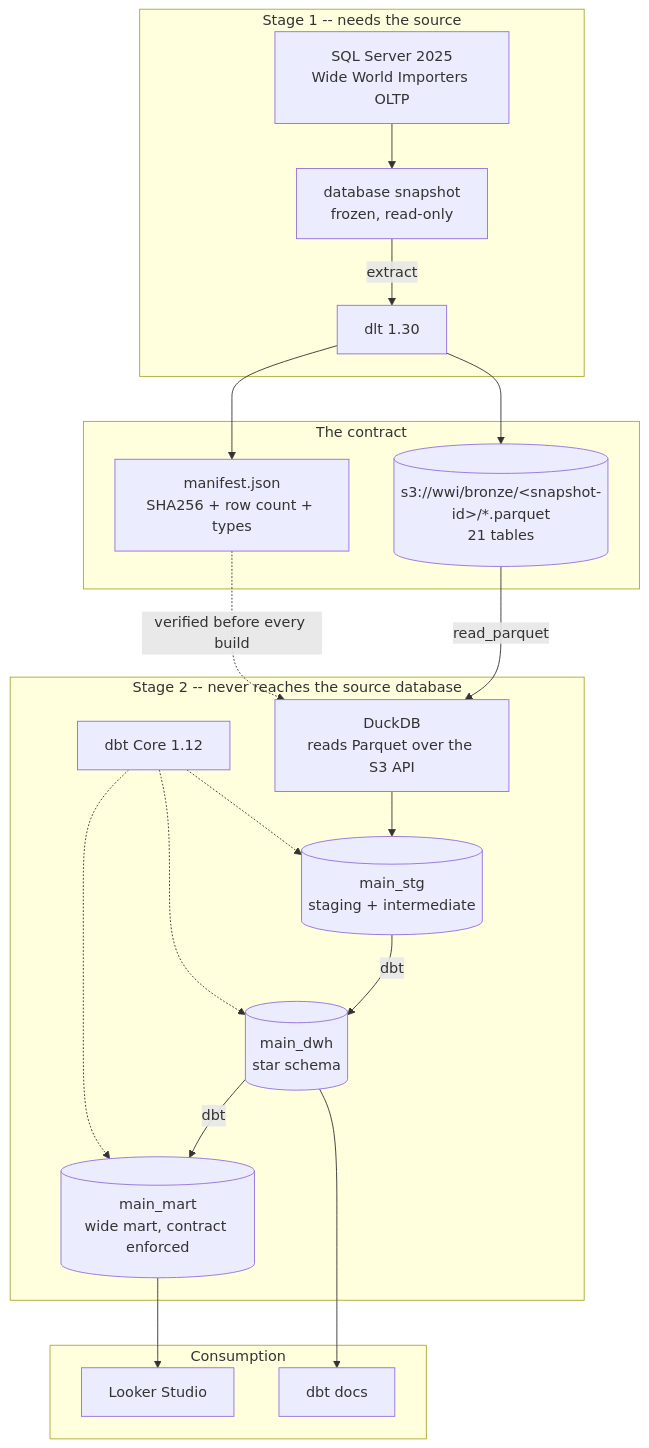
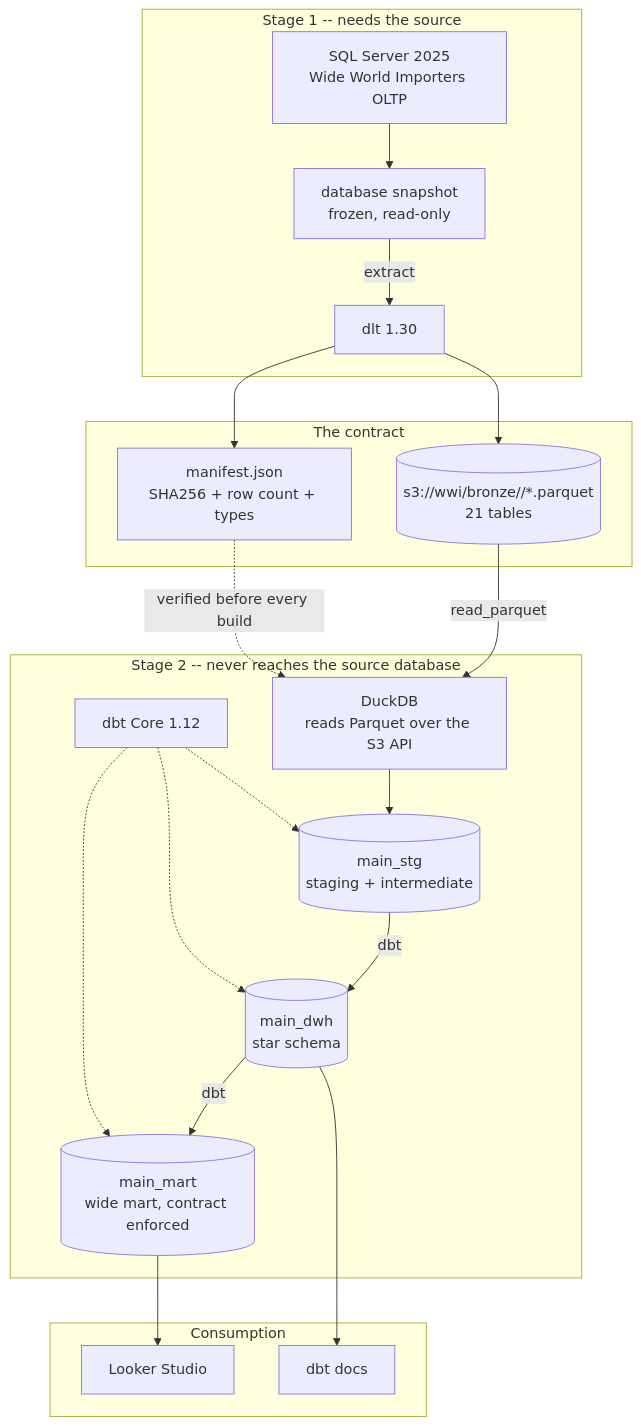
The diagram in docs/technical_design.md (plat102/pj-dw-wide-world-importers), drawn with Mermaid before and after one commit. The commit also changed other lines of this file and 6 other files, not shown here.

````diff
--- a/docs/technical_design.md
+++ b/docs/technical_design.md
@@ -9,41 +7,41 @@
 ```mermaid
 graph TB
     subgraph Stage1["Stage 1 -- needs the source"]
         OLTP[SQL Server 2025<br/>Wide World Importers OLTP]
         SNAP[database snapshot<br/>frozen, read-only]
         DLT[dlt 1.30]
     end
 
     subgraph Boundary["The contract"]
-        PARQUET[(s3://wwi/bronze/&lt;snapshot-id&gt;/*.parquet<br/>21 tables)]
+        PARQUET[(s3://wwi/bronze/<snapshot-id>/*.parquet<br/>21 tables)]
         MANIFEST[manifest.json<br/>SHA256 + row count + types]
     end
 
     subgraph Stage2["Stage 2 -- never reaches the source database"]
         DUCK[DuckDB<br/>reads Parquet over the S3 API]
         STG[(main_stg<br/>staging + intermediate)]
         DWH[(main_dwh<br/>star schema)]
         MART[(main_mart<br/>wide mart, contract enforced)]
         DBT[dbt Core 1.12]
     end
 
     subgraph Consume["Consumption"]
         BI[Looker Studio]
         DOCS[dbt docs]
     end
 
     OLTP --> SNAP
     SNAP -->|extract| DLT
     DLT --> PARQUET
     DLT --> MANIFEST
     PARQUET -->|read_parquet| DUCK
     MANIFEST -.->|verified before every build| DUCK
     DUCK --> STG
     STG -->|dbt| DWH
     DWH -->|dbt| MART
     DBT -.-> STG
     DBT -.-> DWH
     DBT -.-> MART
     MART --> BI
     DWH --> DOCS
 ```
````
